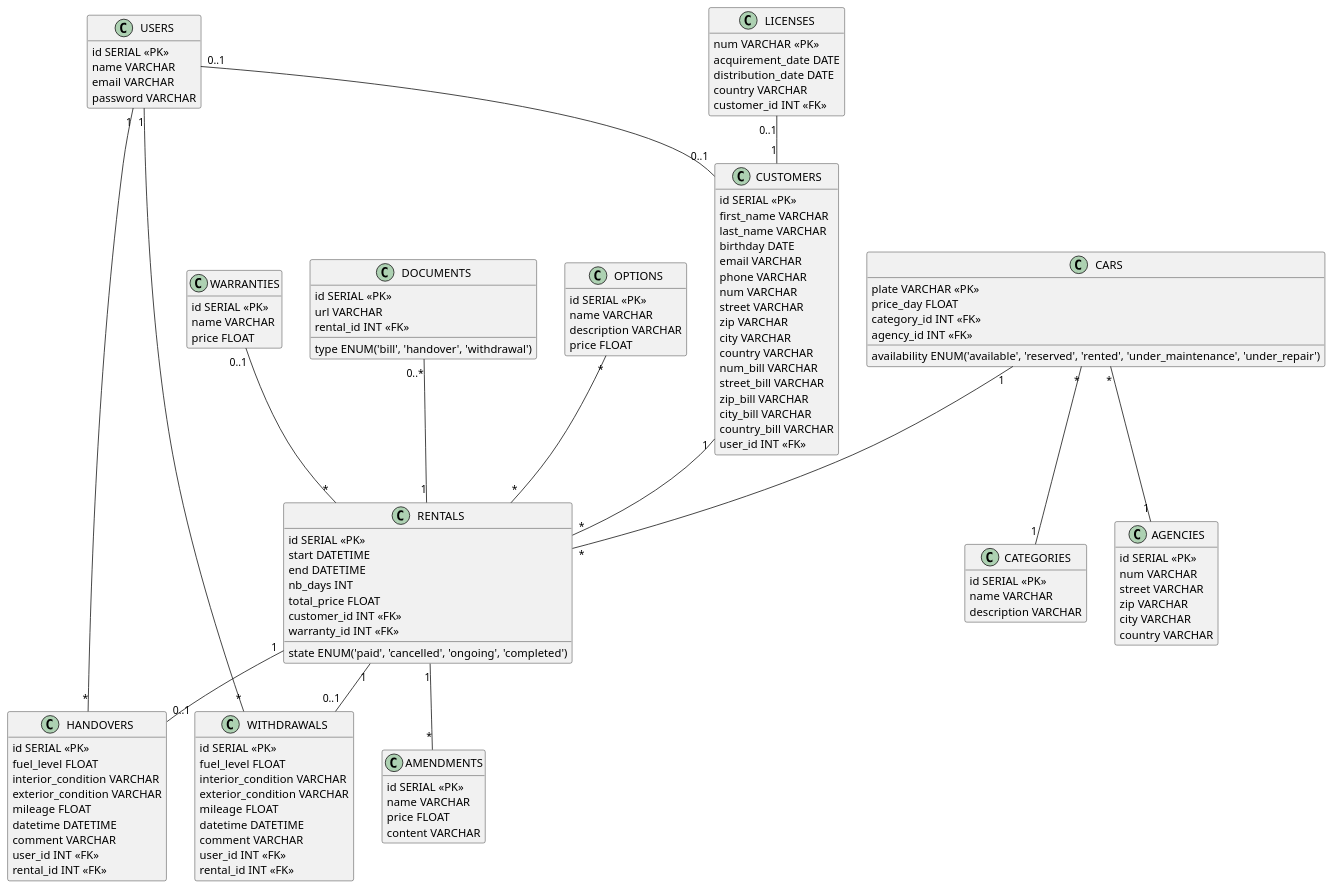
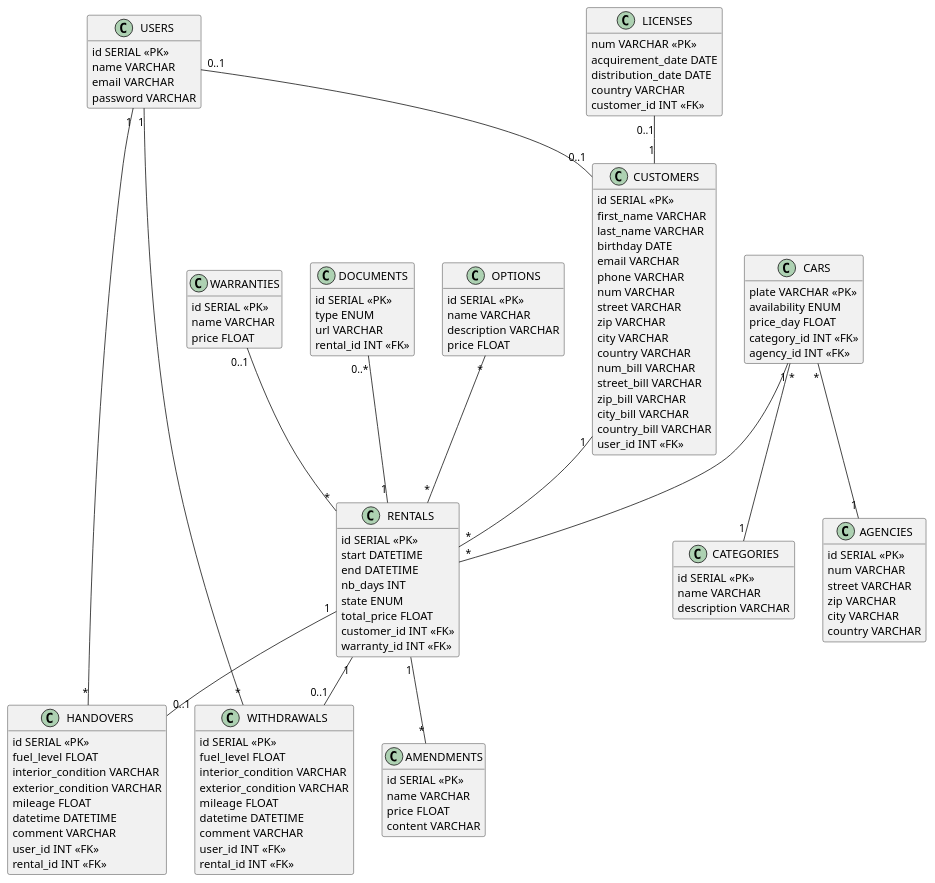
Before and after one commit to axelriv62/roulmapoul-api: the diagram in diagram.puml, drawn with PlantUML.

Commit message:
fix: suppression des précisions sur les enums parce que ça rend moche

```diff
--- a/diagram.puml
+++ b/diagram.puml
@@ -1,139 +1,139 @@
 @startuml
 hide empty members
 
 class USERS {
     id SERIAL <<PK>>
     name VARCHAR
     email VARCHAR
     password VARCHAR
 }
 
 class CUSTOMERS {
     id SERIAL <<PK>>
     first_name VARCHAR
     last_name VARCHAR
     birthday DATE
     email VARCHAR
     phone VARCHAR
     num VARCHAR
     street VARCHAR
     zip VARCHAR
     city VARCHAR
     country VARCHAR
     num_bill VARCHAR
     street_bill VARCHAR
     zip_bill VARCHAR
     city_bill VARCHAR
     country_bill VARCHAR
     user_id INT <<FK>>
 }
 
 class RENTALS {
     id SERIAL <<PK>>
     start DATETIME
     end DATETIME
     nb_days INT
-    state ENUM('paid', 'cancelled', 'ongoing', 'completed')
+    state ENUM
     total_price FLOAT
     customer_id INT <<FK>>
     warranty_id INT <<FK>>
 }
 
 class LICENSES {
     num VARCHAR <<PK>>
     acquirement_date DATE
     distribution_date DATE
     country VARCHAR
     customer_id INT <<FK>>
 }
 
 class WARRANTIES {
     id SERIAL <<PK>>
     name VARCHAR
     price FLOAT
 }
 
 class AMENDMENTS {
     id SERIAL <<PK>>
     name VARCHAR
     price FLOAT
     content VARCHAR
 }
 
 class DOCUMENTS {
     id SERIAL <<PK>>
-    type ENUM('bill', 'handover', 'withdrawal')
+    type ENUM
     url VARCHAR
     rental_id INT <<FK>>
 }
 
 class WITHDRAWALS {
     id SERIAL <<PK>>
     fuel_level FLOAT
     interior_condition VARCHAR
     exterior_condition VARCHAR
     mileage FLOAT
     datetime DATETIME
     comment VARCHAR
     user_id INT <<FK>>
     rental_id INT <<FK>>
 }
 
 class HANDOVERS {
     id SERIAL <<PK>>
     fuel_level FLOAT
     interior_condition VARCHAR
     exterior_condition VARCHAR
     mileage FLOAT
     datetime DATETIME
     comment VARCHAR
     user_id INT <<FK>>
     rental_id INT <<FK>>
 }
 
 class CARS {
     plate VARCHAR <<PK>>
-    availability ENUM('available', 'reserved', 'rented', 'under_maintenance', 'under_repair')
+    availability ENUM
     price_day FLOAT
     category_id INT <<FK>>
     agency_id INT <<FK>>
 }
 
 class OPTIONS {
     id SERIAL <<PK>>
     name VARCHAR
     description VARCHAR
     price FLOAT
 }
 
 class CATEGORIES {
     id SERIAL <<PK>>
     name VARCHAR
     description VARCHAR
 }
 
 class AGENCIES {
     id SERIAL <<PK>>
     num VARCHAR
     street VARCHAR
     zip VARCHAR
     city VARCHAR
     country VARCHAR
 }
 
 CARS "*" -- "1" AGENCIES
 CARS "*" -- "1" CATEGORIES
 CARS "1" -- "*" RENTALS
 RENTALS "1" -- "*" AMENDMENTS
 RENTALS "1" -- "0..1" WITHDRAWALS
 WITHDRAWALS "*" -- "1" USERS
 USERS "0..1" -- "0..1" CUSTOMERS
 LICENSES "0..1" -- "1" CUSTOMERS
 WARRANTIES "0..1" -- "*" RENTALS
 OPTIONS "*" -- "*" RENTALS
 DOCUMENTS "0..*" -- "1" RENTALS
 USERS "1" -- "*" HANDOVERS
 RENTALS "1" -- "0..1" HANDOVERS
 CUSTOMERS "1" -- "*" RENTALS
 
 @enduml
```
